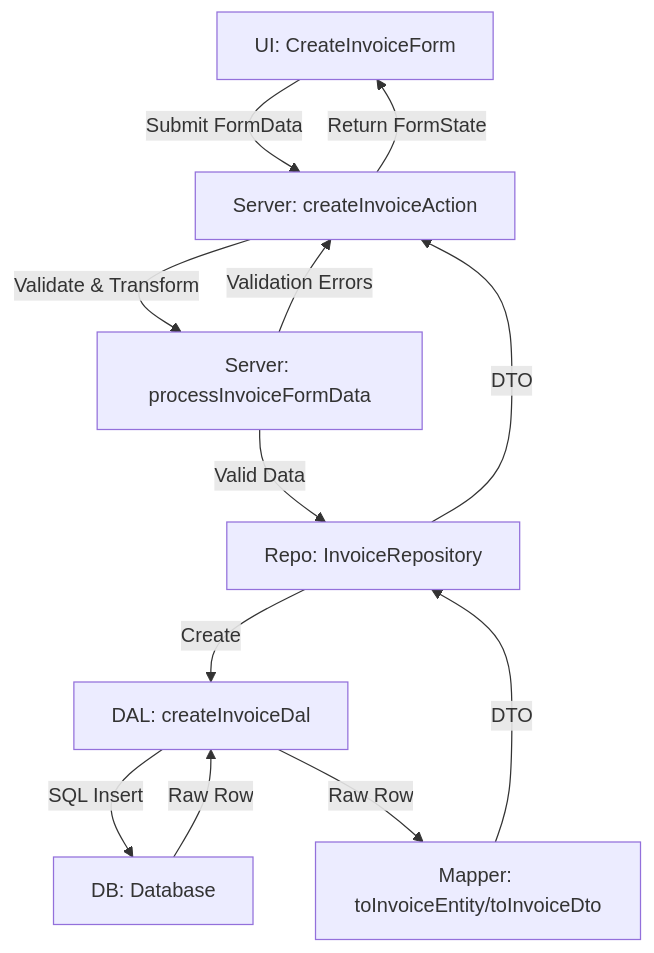
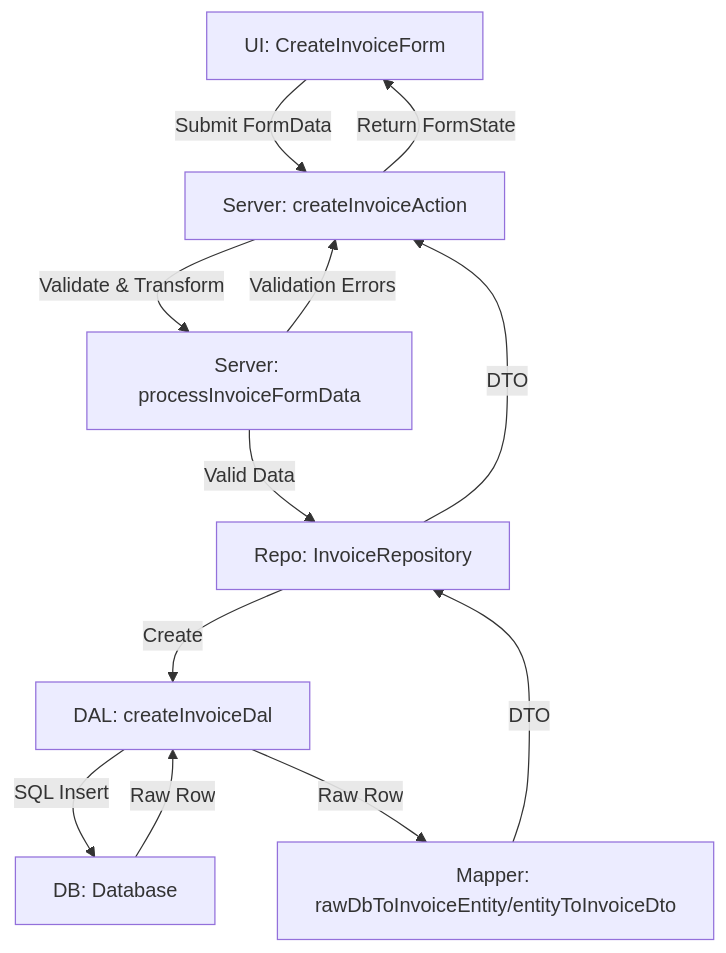
One commit to andrewpetersondev/nextjs-dashboard changed the second of 3 diagrams in src/features/invoices/README.md. Above: the diagram before and after it, drawn with Mermaid. The commit also changed 6 other files, not shown here.

````diff
--- a/src/features/invoices/README.md
+++ b/src/features/invoices/README.md
@@ -121,14 +121,14 @@
 ```mermaid
 flowchart TD
     A[UI: CreateInvoiceForm] -->|Submit FormData| B[Server: createInvoiceAction]
     B -->|Validate & Transform| C[Server: processInvoiceFormData]
     C -->|Valid Data| D[Repo: InvoiceRepository]
     D -->|Create| E[DAL: createInvoiceDal]
     E -->|SQL Insert| F[DB: Database]
     F -->|Raw Row| E
-    E -->|Raw Row| G[Mapper: toInvoiceEntity/toInvoiceDto]
+    E -->|Raw Row| G[Mapper: rawDbToInvoiceEntity/entityToInvoiceDto]
     G -->|DTO| D
     D -->|DTO| B
     C -->|Validation Errors| B
     B -->|Return FormState| A
 ```
````
